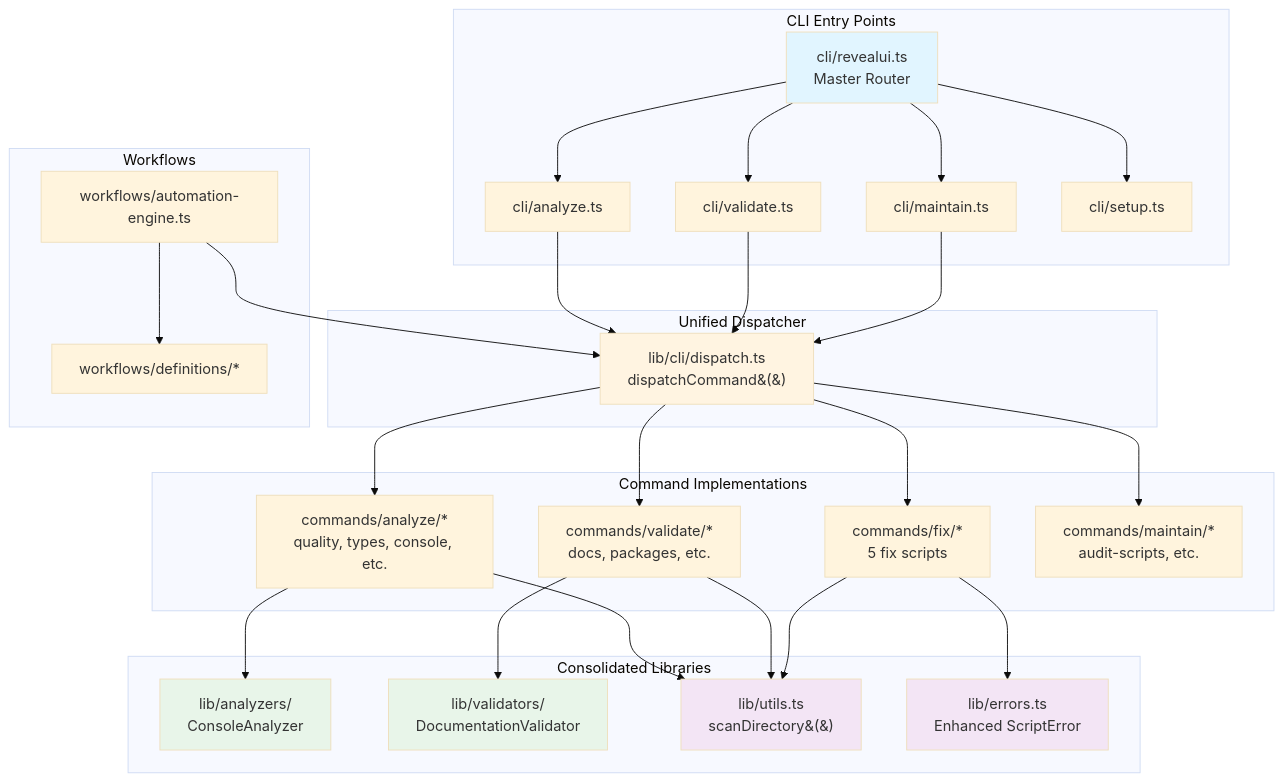
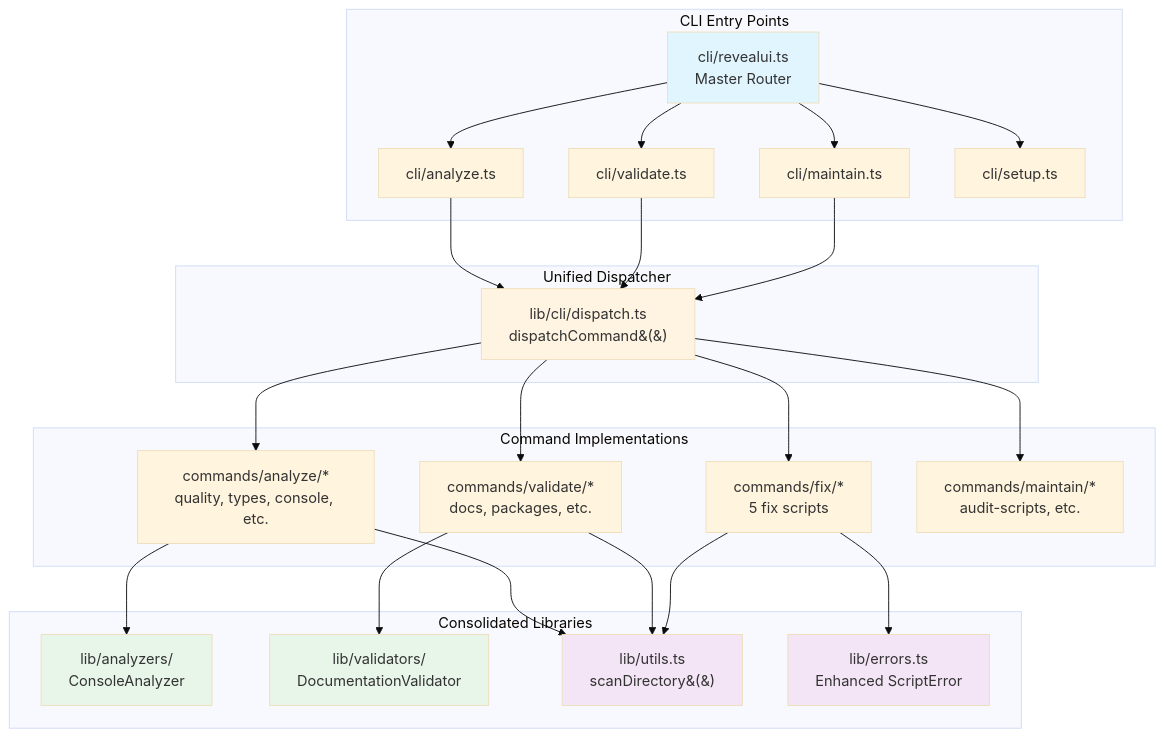
One commit to RevealUIStudio/revealui changed the first of 3 diagrams in scripts/ARCHITECTURE.md. Above: the diagram before and after it, drawn with Mermaid (base theme). The commit also changed other lines of this file and 16 other files, not shown here.

````diff
--- a/scripts/ARCHITECTURE.md
+++ b/scripts/ARCHITECTURE.md
@@ -17,64 +17,56 @@
 ```mermaid
 graph TB
     subgraph "CLI Entry Points"
         CLI[cli/revealui.ts<br/>Master Router]
         AnalyzeCLI[cli/analyze.ts]
         ValidateCLI[cli/validate.ts]
         MaintainCLI[cli/maintain.ts]
         SetupCLI[cli/setup.ts]
 
         CLI --> AnalyzeCLI
         CLI --> ValidateCLI
         CLI --> MaintainCLI
         CLI --> SetupCLI
     end
 
     subgraph "Unified Dispatcher"
         Dispatcher[lib/cli/dispatch.ts<br/>dispatchCommand&#40;&#41;]
 
         AnalyzeCLI --> Dispatcher
         ValidateCLI --> Dispatcher
         MaintainCLI --> Dispatcher
     end
 
     subgraph "Command Implementations"
         AnalyzeCmd[commands/analyze/*<br/>quality, types, console, etc.]
         ValidateCmd[commands/validate/*<br/>docs, packages, etc.]
         FixCmd[commands/fix/*<br/>5 fix scripts]
         MaintainCmd[commands/maintain/*<br/>audit-scripts, etc.]
 
         Dispatcher --> AnalyzeCmd
         Dispatcher --> ValidateCmd
         Dispatcher --> FixCmd
         Dispatcher --> MaintainCmd
     end
 
     subgraph "Consolidated Libraries"
         Analyzers[lib/analyzers/<br/>ConsoleAnalyzer]
         Validators[lib/validators/<br/>DocumentationValidator]
         Utils[lib/utils.ts<br/>scanDirectory&#40;&#41;]
         Errors[lib/errors.ts<br/>Enhanced ScriptError]
 
         AnalyzeCmd --> Analyzers
         AnalyzeCmd --> Utils
         ValidateCmd --> Validators
         ValidateCmd --> Utils
         FixCmd --> Utils
         FixCmd --> Errors
     end
 
-    subgraph "Workflows"
-        AutoEngine[workflows/automation-engine.ts]
-        WorkflowDefs[workflows/definitions/*]
-
-        AutoEngine --> WorkflowDefs
-        AutoEngine --> Dispatcher
-    end
-
     style CLI fill:#e1f5ff
     style Dispatcher fill:#fff4e1
     style Analyzers fill:#e8f5e9
     style Validators fill:#e8f5e9
     style Utils fill:#f3e5f5
     style Errors fill:#f3e5f5
 ```
````
